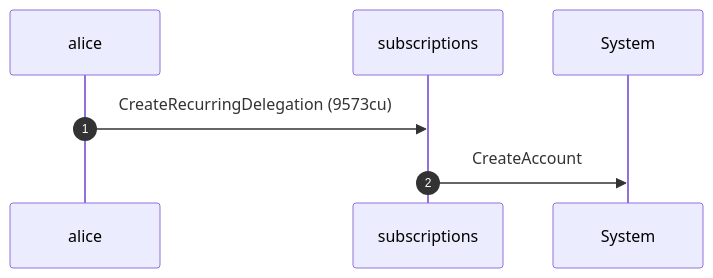
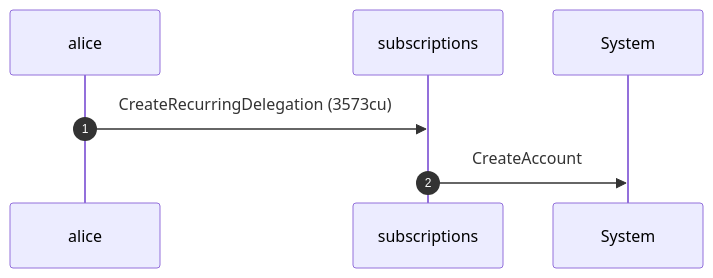
The fifth of 8 diagrams in dsl_tests/recurring-transfer-past-the-drift-window-is-refused.md (cds-rs/subscriptions), drawn with Mermaid before and after one commit. The commit also changed other lines of this file and 224 other files, not shown here.

````diff
--- a/dsl_tests/recurring-transfer-past-the-drift-window-is-refused.md
+++ b/dsl_tests/recurring-transfer-past-the-drift-window-is-refused.md
@@ -104,9 +110,9 @@
 ```mermaid
 sequenceDiagram
     autonumber
     participant alice
     participant subscriptions
     participant System
-    alice ->> subscriptions: CreateRecurringDelegation (9573cu)
+    alice ->> subscriptions: CreateRecurringDelegation (3573cu)
     subscriptions ->> System: CreateAccount
 ```
````
